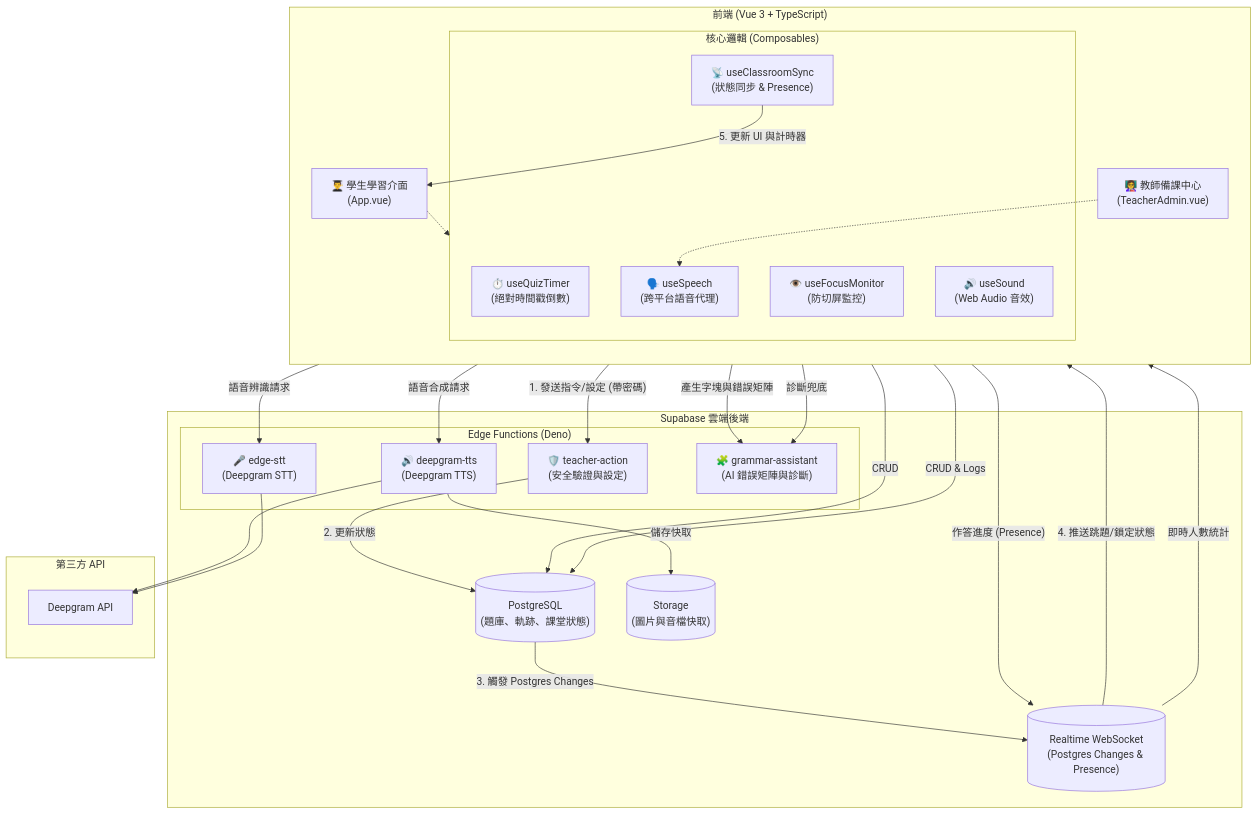
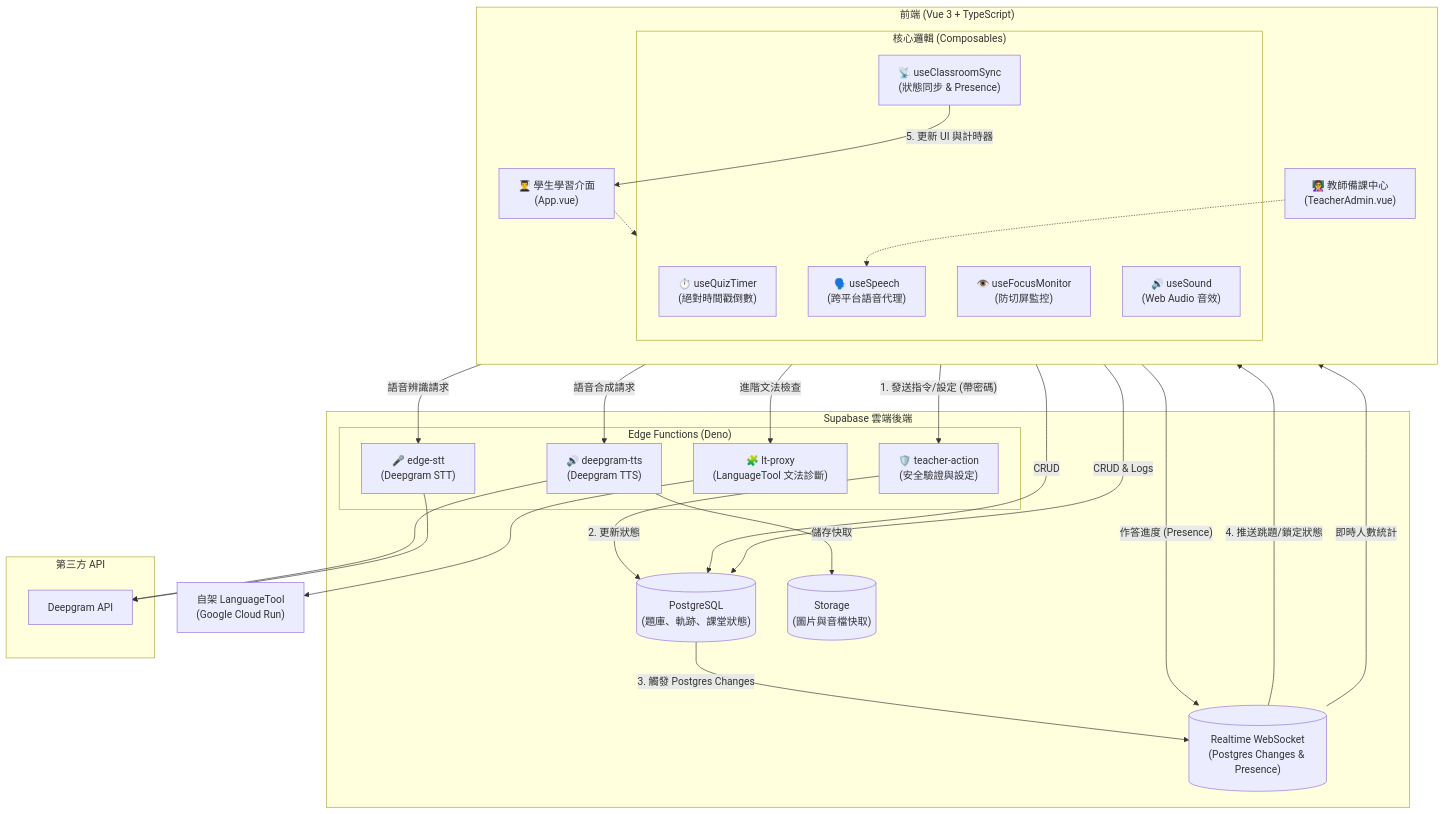
Before and after one commit to ylin3-learner/SyntaxHunt: the second of 3 diagrams in README.zh-TW.md, drawn with Mermaid. The commit also changed other lines of this file and 1 other file, not shown here.

Commit message:
docs(grammar): sync bilingual LanguageTool guidance

````diff
--- a/README.zh-TW.md
+++ b/README.zh-TW.md
@@ -73,60 +73,60 @@
 ```mermaid
 graph TD
     subgraph Client ["前端 (Vue 3 + TypeScript)"]
         direction TB
         AdminUI["👩‍🏫 教師備課中心<br>(TeacherAdmin.vue)"]
         StudentUI["👨‍🎓 學生學習介面<br>(App.vue)"]
         
         subgraph Composables ["核心邏輯 (Composables)"]
             Timer["⏱️ useQuizTimer<br>(絕對時間戳倒數)"]
             Focus["👁️ useFocusMonitor<br>(防切屏監控)"]
             Sound["🔊 useSound<br>(Web Audio 音效)"]
             Speech["🗣️ useSpeech<br>(跨平台語音代理)"]
             Sync["📡 useClassroomSync<br>(狀態同步 & Presence)"]
         end
     end
 
     subgraph Supabase ["Supabase 雲端後端"]
         DB[("PostgreSQL<br>(題庫、軌跡、課堂狀態)")]
         Realtime[("Realtime WebSocket<br>(Postgres Changes & Presence)")]
         Storage[("Storage<br>(圖片與音檔快取)")]
         
         subgraph EdgeFunctions ["Edge Functions (Deno)"]
             Action_Proxy["🛡️ teacher-action<br>(安全驗證與設定)"]
             TTS_Proxy["🔊 deepgram-tts<br>(Deepgram TTS)"]
             STT_Proxy["🎤 edge-stt<br>(Deepgram STT)"]
-            Grammar_Proxy["🧩 grammar-assistant<br>(AI 錯誤矩陣與診斷)"]
+            LT_Proxy["🧩 lt-proxy<br>(LanguageTool 文法診斷)"]
         end
     end
 
     subgraph ThirdParty ["第三方 API"]
         Deepgram["Deepgram API"]
     end
 
     %% 資料流
     AdminUI -- "1. 發送指令/設定 (帶密碼)" --> Action_Proxy
     Action_Proxy -- "2. 更新狀態" --> DB
     DB -- "3. 觸發 Postgres Changes" --> Realtime
     Realtime -- "4. 推送跳題/鎖定狀態" --> Sync
     Sync -- "5. 更新 UI 與計時器" --> StudentUI
     
     %% Presence 流
     StudentUI -- "作答進度 (Presence)" --> Realtime
     Realtime -- "即時人數統計" --> AdminUI
     
     AdminUI -- "CRUD" --> DB
     StudentUI -- "CRUD & Logs" --> DB
     
     StudentUI -- "語音合成請求" --> TTS_Proxy
     TTS_Proxy --> Deepgram
     TTS_Proxy -- "儲存快取" --> Storage
     
     StudentUI -- "語音辨識請求" --> STT_Proxy
     STT_Proxy --> Deepgram
-    AdminUI -- "產生字塊與錯誤矩陣" --> Grammar_Proxy
-    StudentUI -- "診斷兜底" --> Grammar_Proxy
+    StudentUI -- "進階文法檢查" --> LT_Proxy
+    LT_Proxy --> LanguageTool["自架 LanguageTool<br>(Google Cloud Run)"]
 
     %% 邏輯依賴
     StudentUI -.-> Composables
     AdminUI -.-> Speech
 ```
````
